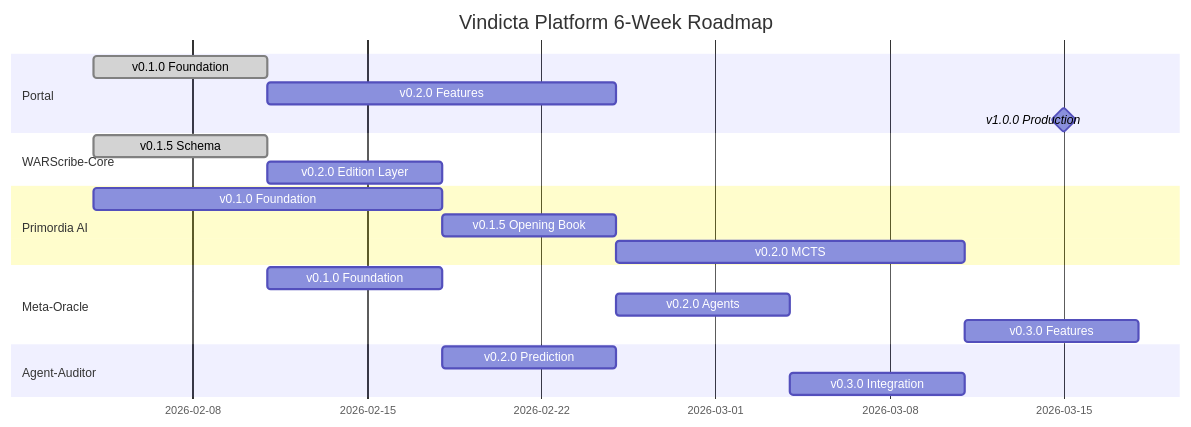
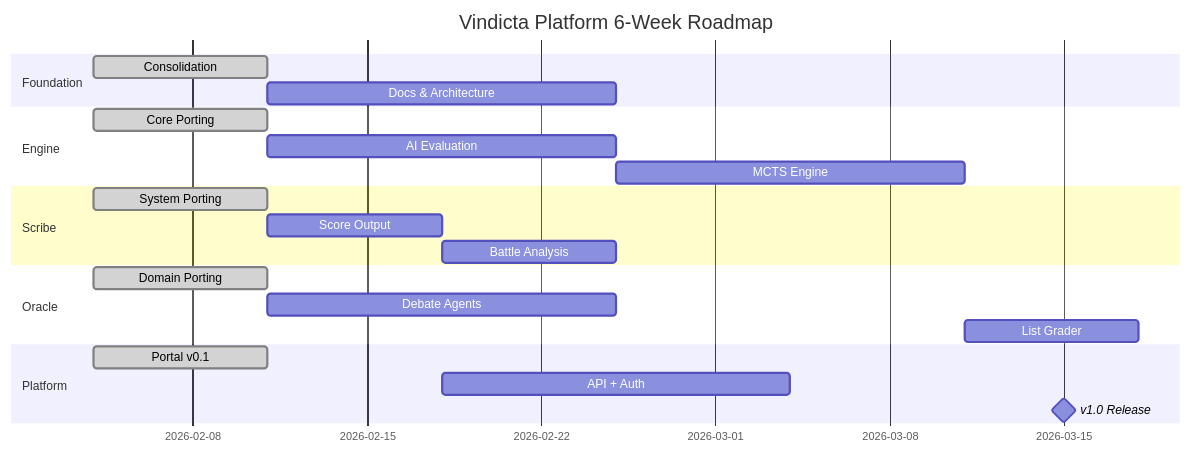
The diagram in ROADMAP.md (vindicta-platform/.github), drawn with Mermaid before and after one commit. The commit also changed other lines of this file and 31 other files, not shown here.

Commit message:
docs: rewrite org profile and roadmap for V2 consolidation

````diff
--- a/ROADMAP.md
+++ b/ROADMAP.md
@@ -86,23 +95,24 @@
 ```mermaid
 gantt
     title Vindicta Platform 6-Week Roadmap
     dateFormat  YYYY-MM-DD
-    section Portal
-    v0.1.0 Foundation      :done, p1, 2026-02-04, 7d
-    v0.2.0 Features        :p2, 2026-02-11, 14d
-    v1.0.0 Production      :milestone, p3, 2026-03-15, 0d
-    section WARScribe-Core
-    v0.1.5 Schema          :done, w1, 2026-02-04, 7d
-    v0.2.0 Edition Layer   :w2, 2026-02-11, 7d
-    section Primordia AI
-    v0.1.0 Foundation      :ai1, 2026-02-04, 14d
-    v0.1.5 Opening Book    :ai2, 2026-02-18, 7d
-    v0.2.0 MCTS            :ai3, 2026-02-25, 14d
-    section Meta-Oracle
-    v0.1.0 Foundation      :mo1, 2026-02-11, 7d
-    v0.2.0 Agents          :mo2, 2026-02-25, 7d
-    v0.3.0 Features        :mo3, 2026-03-11, 7d
-    section Agent-Auditor
-    v0.2.0 Prediction      :aa1, 2026-02-18, 7d
-    v0.3.0 Integration     :aa2, 2026-03-04, 7d
+    section Foundation
+    Consolidation          :done, f1, 2026-02-04, 7d
+    Docs & Architecture    :f2, 2026-02-11, 14d
+    section Engine
+    Core Porting           :done, e1, 2026-02-04, 7d
+    AI Evaluation          :e2, 2026-02-11, 14d
+    MCTS Engine            :e3, 2026-02-25, 14d
+    section Scribe
+    System Porting         :done, s1, 2026-02-04, 7d
+    Score Output           :s2, 2026-02-11, 7d
+    Battle Analysis        :s3, 2026-02-18, 7d
+    section Oracle
+    Domain Porting         :done, o1, 2026-02-04, 7d
+    Debate Agents          :o2, 2026-02-11, 14d
+    List Grader            :o3, 2026-03-11, 7d
+    section Platform
+    Portal v0.1            :done, p1, 2026-02-04, 7d
+    API + Auth             :p2, 2026-02-18, 14d
+    v1.0 Release           :milestone, p3, 2026-03-15, 0d
 ```
````
